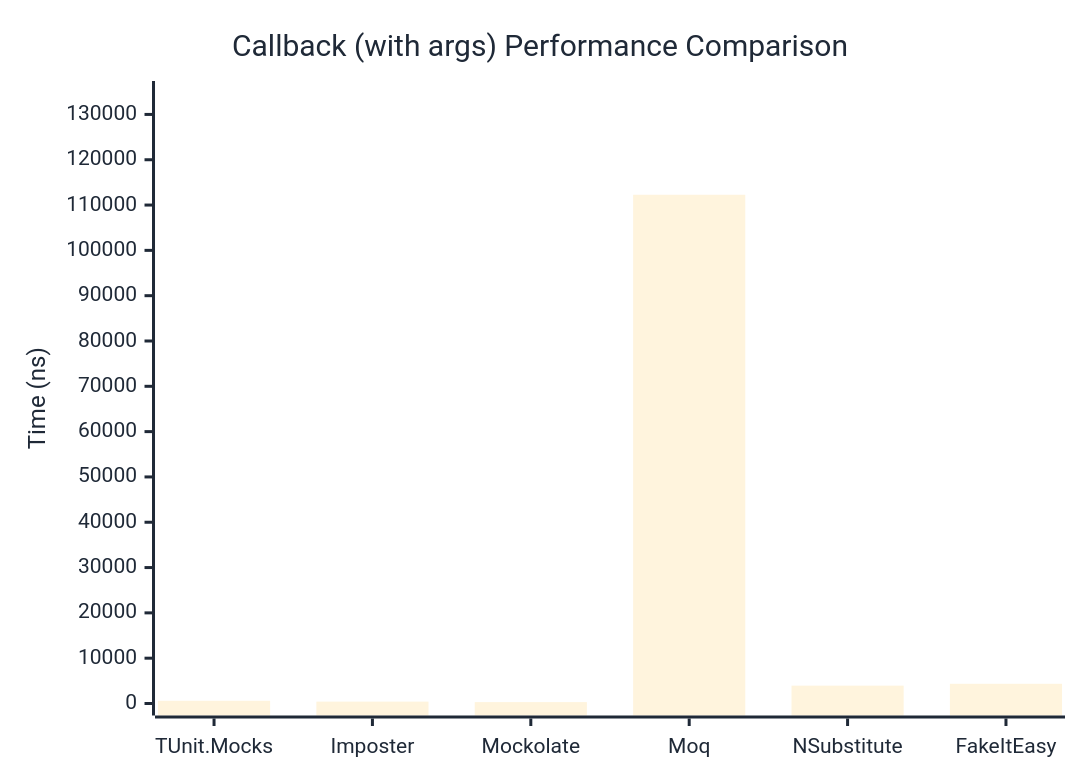
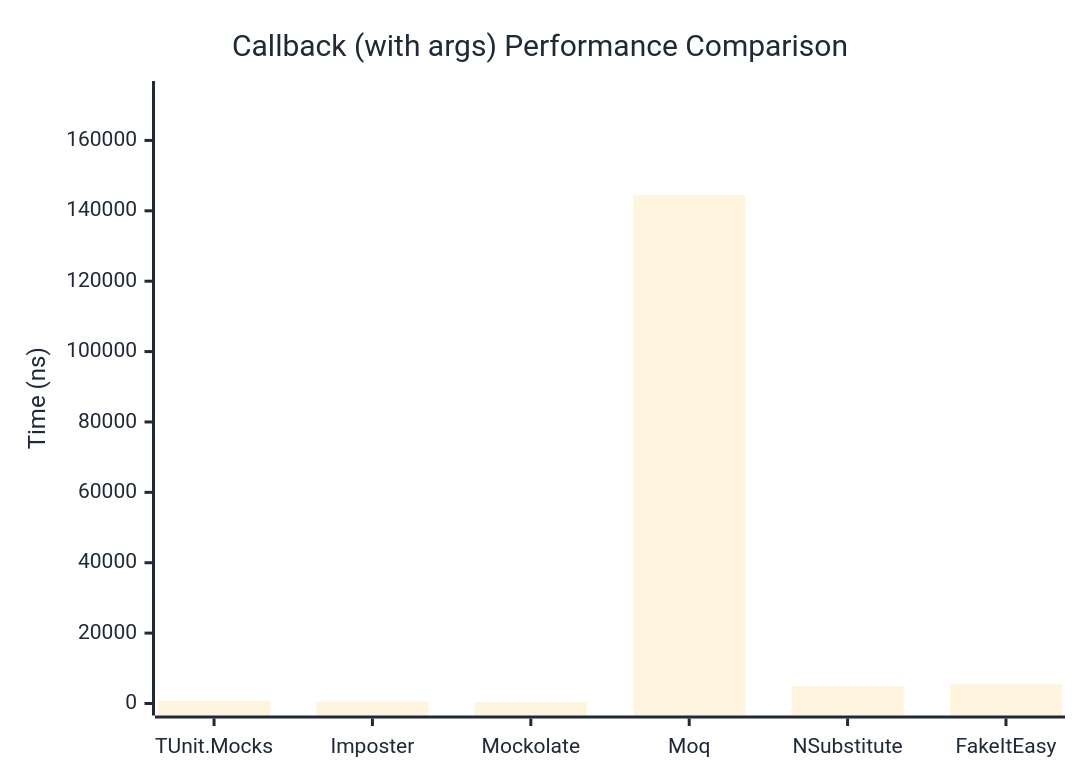
The second of 2 diagrams in docs/docs/benchmarks/mocks/Callback.md (thomhurst/TUnit), drawn with Mermaid before and after one commit. The commit also changed other lines of this file and 14 other files, not shown here.

````diff
--- a/docs/docs/benchmarks/mocks/Callback.md
+++ b/docs/docs/benchmarks/mocks/Callback.md
@@ -71,27 +71,27 @@
 ```mermaid
 %%{init: {
   'theme':'base',
   'themeVariables': {
     'primaryColor': '#2563eb',
     'primaryTextColor': '#1f2937',
     'primaryBorderColor': '#1e40af',
     'lineColor': '#6b7280',
     'secondaryColor': '#7c3aed',
     'tertiaryColor': '#dc2626',
     'background': '#ffffff',
     'pie1': '#2563eb',
     'pie2': '#7c3aed',
     'pie3': '#dc2626',
     'pie4': '#f59e0b',
     'pie5': '#10b981',
     'pie6': '#06b6d4',
     'pie7': '#ec4899',
     'pie8': '#6366f1'
   }
 }}%%
 xychart-beta
   title "Callback (with args) Performance Comparison"
   x-axis ["TUnit.Mocks", "Imposter", "Mockolate", "Moq", "NSubstitute", "FakeItEasy"]
-  y-axis "Time (ns)" 0 --> 134729
-  bar [599.9, 414, 304.8, 112273.8, 3942.5, 4349.1]
+  y-axis "Time (ns)" 0 --> 173478
+  bar [769.9, 539, 408, 144564.3, 5011.5, 5548.6]
 ```
````
